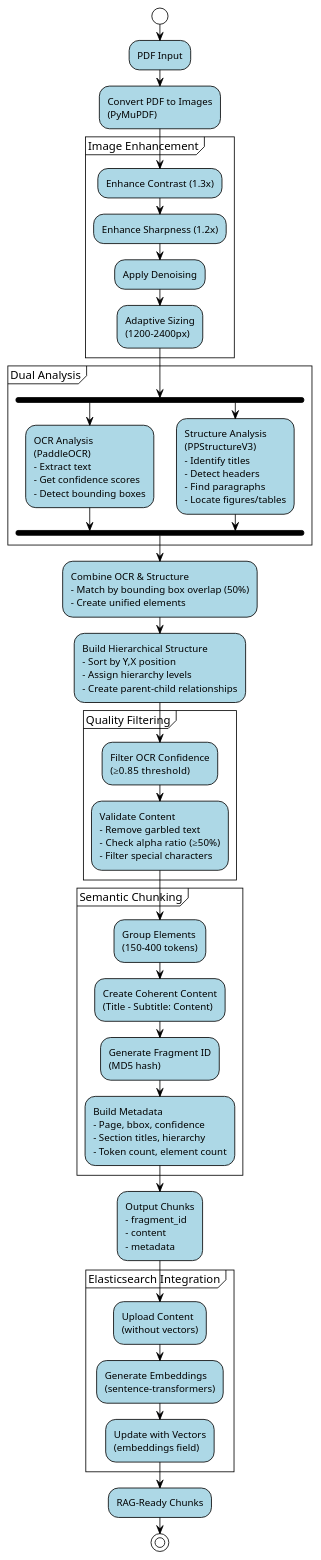
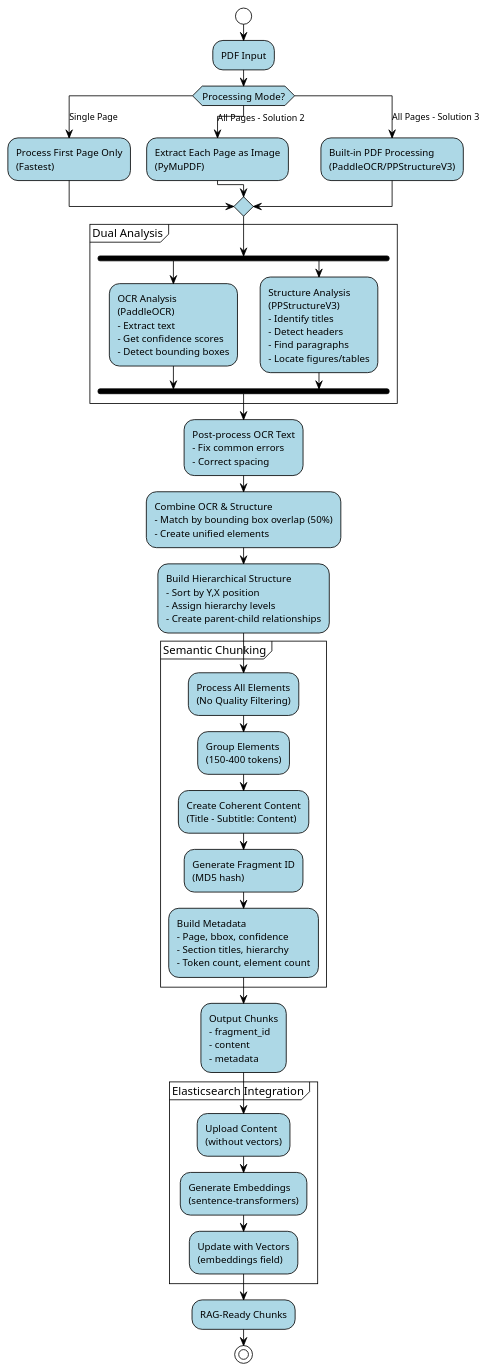
One commit to devulogi/customocr changed the diagram in diagrams/activity_diagram.puml. Above: the diagram before and after it, drawn with PlantUML. The commit also changed 3 other files, not shown here.

First line of the commit message:
docs: update diagrams to reflect multi-page processing changes

```diff
--- a/diagrams/activity_diagram.puml
+++ b/diagrams/activity_diagram.puml
@@ -1,61 +1,60 @@
 @startuml Enhanced Document Processor Activity Diagram
 !theme plain
 skinparam activity {
     BackgroundColor lightblue
     BorderColor black
     FontSize 12
 }
 skinparam decision {
     BackgroundColor lightyellow
     BorderColor black
 }
 
 start
 
 :PDF Input;
-:Convert PDF to Images\n(PyMuPDF);
 
-partition "Image Enhancement" {
-    :Enhance Contrast (1.3x);
-    :Enhance Sharpness (1.2x);
-    :Apply Denoising;
-    :Adaptive Sizing\n(1200-2400px);
-}
+switch (Processing Mode?)
+case (Single Page)
+    :Process First Page Only\n(Fastest);
+case (All Pages - Solution 2)
+    :Extract Each Page as Image\n(PyMuPDF);
+case (All Pages - Solution 3)
+    :Built-in PDF Processing\n(PaddleOCR/PPStructureV3);
+endswitch
 
 partition "Dual Analysis" {
     fork
         :OCR Analysis\n(PaddleOCR)\n- Extract text\n- Get confidence scores\n- Detect bounding boxes;
     fork again
         :Structure Analysis\n(PPStructureV3)\n- Identify titles\n- Detect headers\n- Find paragraphs\n- Locate figures/tables;
     end fork
 }
 
+:Post-process OCR Text\n- Fix common errors\n- Correct spacing;
+
 :Combine OCR & Structure\n- Match by bounding box overlap (50%)\n- Create unified elements;
 
 :Build Hierarchical Structure\n- Sort by Y,X position\n- Assign hierarchy levels\n- Create parent-child relationships;
 
-partition "Quality Filtering" {
-    :Filter OCR Confidence\n(≥0.85 threshold);
-    :Validate Content\n- Remove garbled text\n- Check alpha ratio (≥50%)\n- Filter special characters;
-}
-
 partition "Semantic Chunking" {
+    :Process All Elements\n(No Quality Filtering);
     :Group Elements\n(150-400 tokens);
     :Create Coherent Content\n(Title - Subtitle: Content);
     :Generate Fragment ID\n(MD5 hash);
     :Build Metadata\n- Page, bbox, confidence\n- Section titles, hierarchy\n- Token count, element count;
 }
 
 :Output Chunks\n- fragment_id\n- content\n- metadata;
 
 partition "Elasticsearch Integration" {
     :Upload Content\n(without vectors);
     :Generate Embeddings\n(sentence-transformers);
     :Update with Vectors\n(embeddings field);
 }
 
 :RAG-Ready Chunks;
 
 stop
 
 @enduml
```
